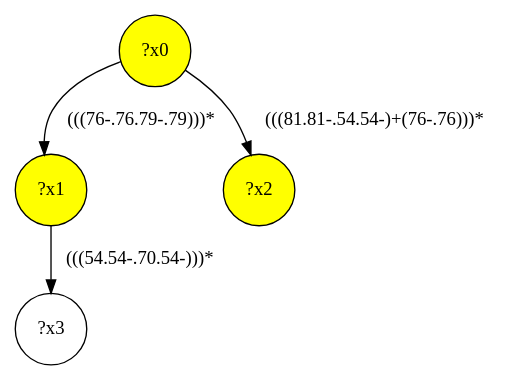
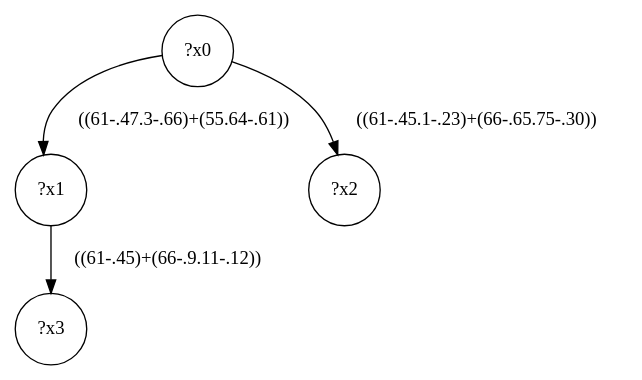
One commit to gbagan/gmark changed the diagram in demo/shop/shop-interface/query-25.dot. Above: the diagram before and after it, drawn with Graphviz. The commit also changed 1418 other files, not shown here.

```diff
--- a/demo/shop/shop-interface/query-25.dot
+++ b/demo/shop/shop-interface/query-25.dot
@@ -1,9 +1,9 @@
 digraph g {
-	x1 [fillcolor="yellow", style="filled," shape=circle, label="?x1"];
-	x2 [fillcolor="yellow", style="filled," shape=circle, label="?x2"];
-	x0 [fillcolor="yellow", style="filled," shape=circle, label="?x0"];
-	x0 -> x1 [label="(((76-.76.79-.79)))*"];
-	x0 -> x2 [label="(((81.81-.54.54-)+(76-.76)))*"];
+	x0 [shape=circle, label="?x0"];
+	x1 [shape=circle, label="?x1"];
+	x0 -> x1 [label="((61-.47.3-.66)+(55.64-.61))"];
+	x2 [shape=circle, label="?x2"];
+	x0 -> x2 [label="((61-.45.1-.23)+(66-.65.75-.30))"];
 	x3 [shape=circle, label="?x3"];
-	x1 -> x3 [label="(((54.54-.70.54-)))*"];
+	x1 -> x3 [label="((61-.45)+(66-.9.11-.12))"];
 }
```
